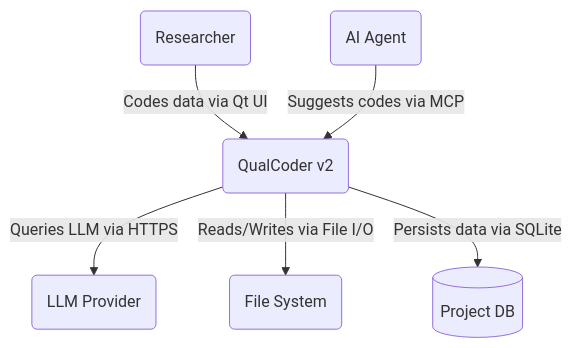
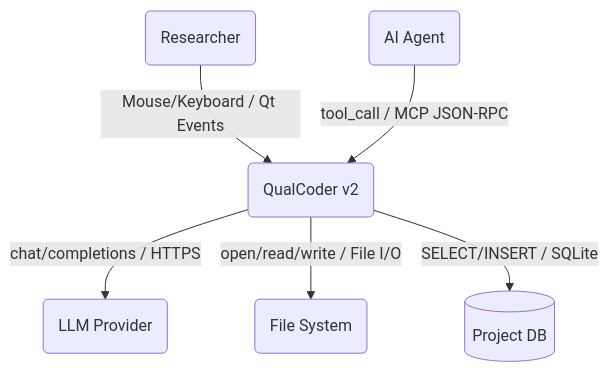
One commit to scope-impact/QualCoder-v2 changed the first of 7 diagrams in backlog/docs/doc-002 architecture.md. Above: the diagram before and after it, drawn with Mermaid. The commit also changed other lines of this file and 1 other file, not shown here.

First line of the commit message:
docs(architecture): add protocol labels to C4 diagrams

````diff
--- a/backlog/docs/doc-002 architecture.md
+++ b/backlog/docs/doc-002 architecture.md
@@ -32,8 +32,8 @@
 ```mermaid
 graph TD
-    Researcher(Researcher) -- "Codes data via Qt UI" --> QC(QualCoder v2)
-    Agent(AI Agent) -- "Suggests codes via MCP" --> QC
-    QC -- "Queries LLM via HTTPS" --> LLM(LLM Provider)
-    QC -- "Reads/Writes via File I/O" --> FS(File System)
-    QC -- "Persists data via SQLite" --> DB[(Project DB)]
+    Researcher(Researcher) -- "Mouse/Keyboard / Qt Events" --> QC(QualCoder v2)
+    Agent(AI Agent) -- "tool_call / MCP JSON-RPC" --> QC
+    QC -- "chat/completions / HTTPS" --> LLM(LLM Provider)
+    QC -- "open/read/write / File I/O" --> FS(File System)
+    QC -- "SELECT/INSERT / SQLite" --> DB[(Project DB)]
 ```
````
